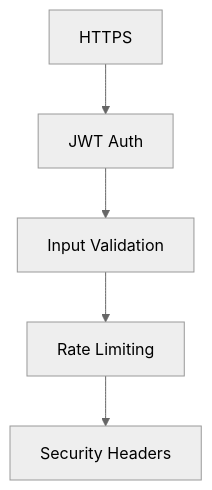
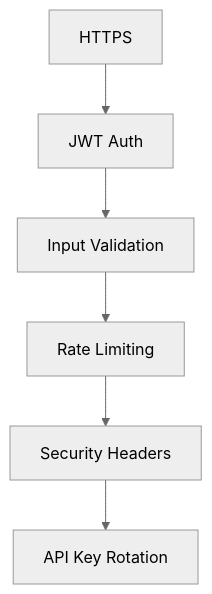
One commit to LaZzaran/smart-traffic-ai changed the third of 4 diagrams in ROADMAP.md. Above: the diagram before and after it, drawn with Mermaid (neutral theme). The commit also changed other lines of this file and 11 other files, not shown here.

````diff
--- a/ROADMAP.md
+++ b/ROADMAP.md
@@ -170,7 +210,8 @@
 ```mermaid
 graph TD
     A[HTTPS] --> B[JWT Auth]
     B --> C[Input Validation]
     C --> D[Rate Limiting]
     D --> E[Security Headers]
+    E --> F[API Key Rotation]
 ```
````
